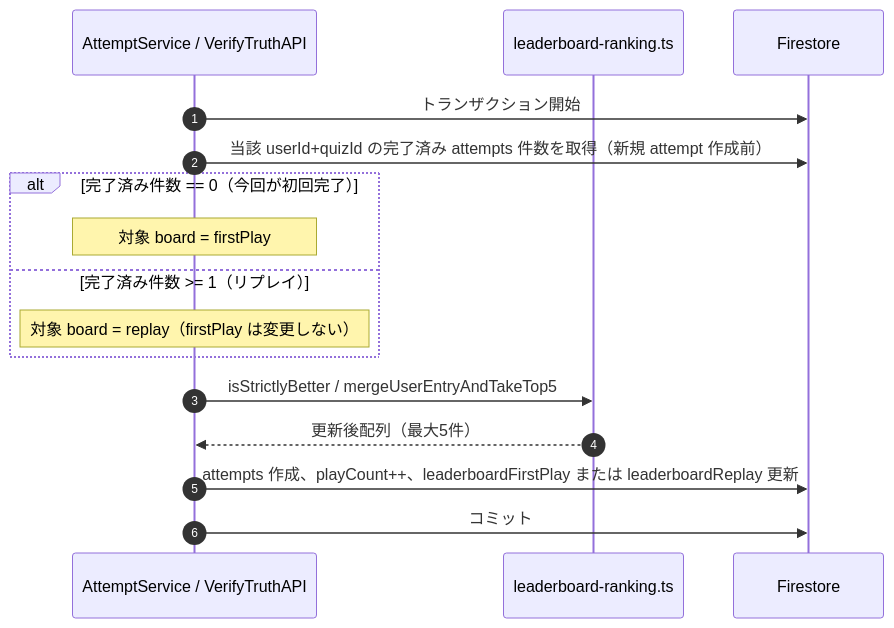
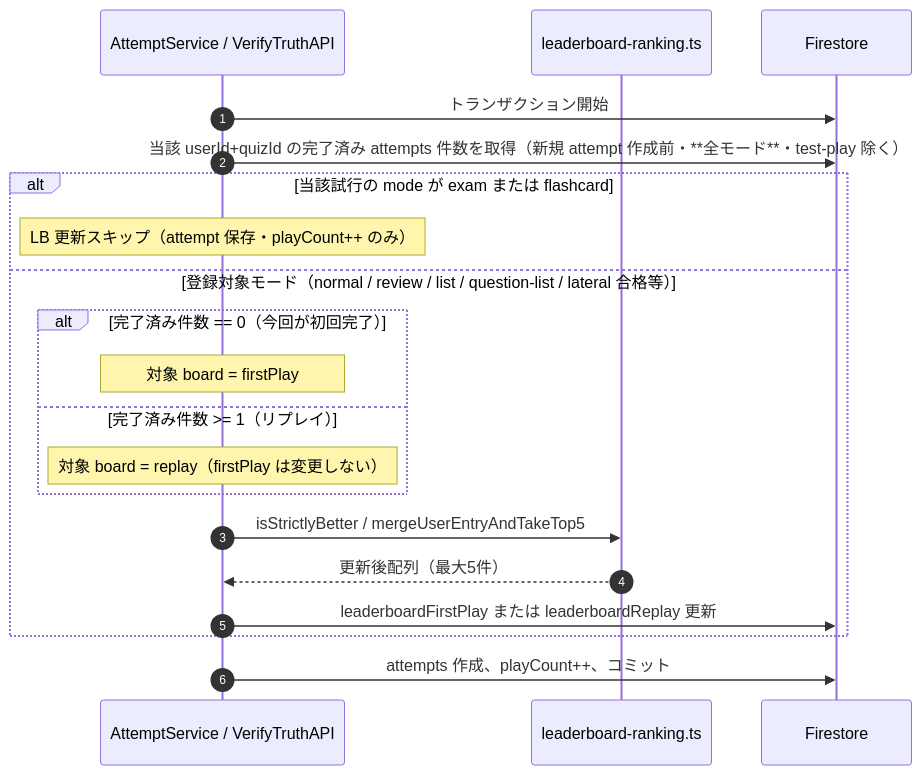
One commit to npressoworks/quizetika changed the eighth of 19 diagrams in .kiro/specs/quizeum-core/design.md. Above: the diagram before and after it, drawn with Mermaid. The commit also changed other lines of this file and 18 other files, not shown here.

````diff
--- a/.kiro/specs/quizeum-core/design.md
+++ b/.kiro/specs/quizeum-core/design.md
@@ -410,19 +415,23 @@
 ```mermaid
 sequenceDiagram
     autonumber
     participant Svc as AttemptService / VerifyTruthAPI
     participant Rank as leaderboard-ranking.ts
     participant DB as Firestore
 
     Svc->>DB: トランザクション開始
-    Svc->>DB: 当該 userId+quizId の完了済み attempts 件数を取得（新規 attempt 作成前）
-    alt 完了済み件数 == 0（今回が初回完了）
-        Note over Svc: 対象 board = firstPlay
-    else 完了済み件数 >= 1（リプレイ）
-        Note over Svc: 対象 board = replay（firstPlay は変更しない）
+    Svc->>DB: 当該 userId+quizId の完了済み attempts 件数を取得（新規 attempt 作成前・**全モード**・test-play 除く）
+    alt 当該試行の mode が exam または flashcard
+        Note over Svc: LB 更新スキップ（attempt 保存・playCount++ のみ）
+    else 登録対象モード（normal / review / list / question-list / lateral 合格等）
+        alt 完了済み件数 == 0（今回が初回完了）
+            Note over Svc: 対象 board = firstPlay
+        else 完了済み件数 >= 1（リプレイ）
+            Note over Svc: 対象 board = replay（firstPlay は変更しない）
+        end
+        Svc->>Rank: isStrictlyBetter / mergeUserEntryAndTakeTop5
+        Rank-->>Svc: 更新後配列（最大5件）
+        Svc->>DB: leaderboardFirstPlay または leaderboardReplay 更新
     end
-    Svc->>Rank: isStrictlyBetter / mergeUserEntryAndTakeTop5
-    Rank-->>Svc: 更新後配列（最大5件）
-    Svc->>DB: attempts 作成、playCount++、leaderboardFirstPlay または leaderboardReplay 更新
-    Svc->>DB: コミット
+    Svc->>DB: attempts 作成、playCount++、コミット
 ```
````
